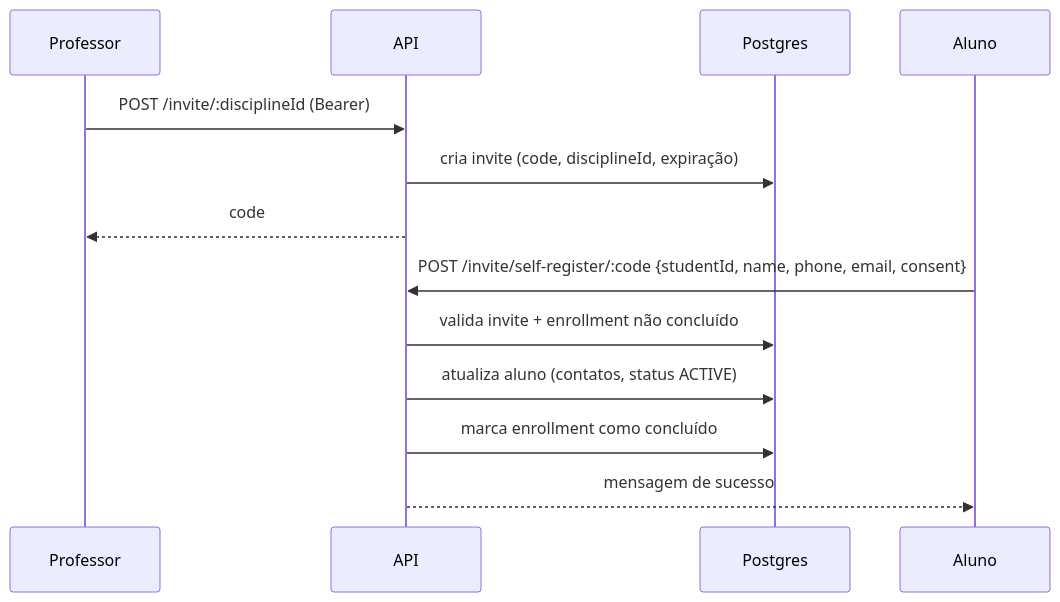
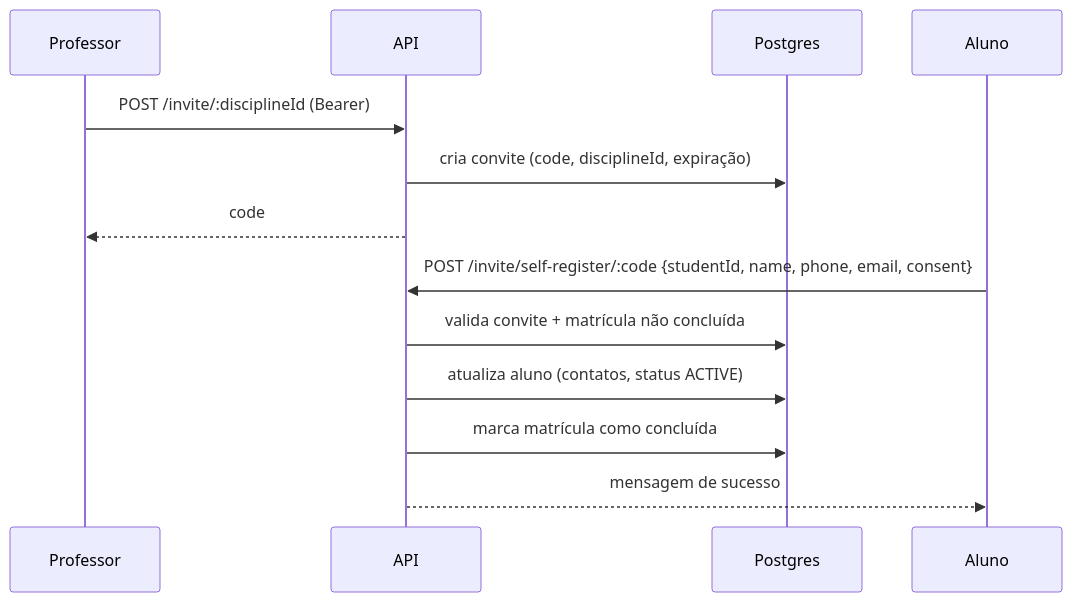
One commit to ThalysSilva/unicast-backend changed the second of 8 diagrams in README.md. Above: the diagram before and after it, drawn with Mermaid. The commit also changed other lines of this file, not shown here.

Commit message:
fix: corrigindo diagramas no readme

````diff
--- a/README.md
+++ b/README.md
@@ -230,16 +230,16 @@
 ```mermaid
 sequenceDiagram
     participant Professor
     participant API
     participant DB as Postgres
     participant Aluno
 
     Professor->>API: POST /invite/:disciplineId (Bearer)
-    API->>DB: cria invite (code, disciplineId, expiração)
+    API->>DB: cria convite (code, disciplineId, expiração)
     API-->>Professor: code
     Aluno->>API: POST /invite/self-register/:code {studentId, name, phone, email, consent}
-    API->>DB: valida invite + enrollment não concluído
+    API->>DB: valida convite + matrícula não concluída
     API->>DB: atualiza aluno (contatos, status ACTIVE)
-    API->>DB: marca enrollment como concluído
+    API->>DB: marca matrícula como concluída
     API-->>Aluno: mensagem de sucesso
 ```
````
